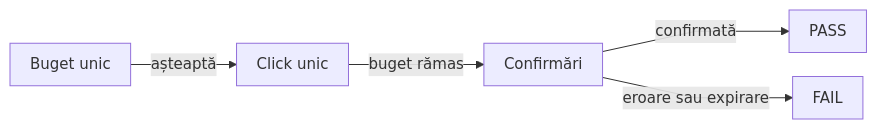
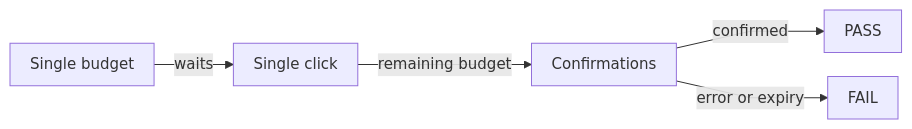
One commit to crististefanita/atf_j0 changed the fifth of 9 diagrams in atf-ui/README.md. Above: the diagram before and after it, drawn with Mermaid. The commit also changed other lines of this file and 113 other files, not shown here.

````diff
--- a/atf-ui/README.md
+++ b/atf-ui/README.md
@@ -407,8 +430,8 @@
 ```mermaid
 %%{init: {"themeVariables":{"fontSize":"15px"},"themeCSS":".nodeLabel, .nodeLabel p { font-size: 15px !important; line-height: 1.35 !important; } .edgeLabel, .edgeLabel p { font-size: 12px !important; font-weight: 400 !important; line-height: 1.2 !important; } .edgeLabel .labelBkg, .edgeLabel p { background: transparent !important; } .edgeLabel foreignObject { transform: translateY(-28px); overflow: visible; } .node rect { rx: 6px; ry: 6px; }","flowchart":{"curve":"linear","nodeSpacing":24,"rankSpacing":40,"padding":10,"diagramPadding":24}}}%%
 flowchart LR
-    Budget["Buget unic"] -->|așteaptă| Click["Click unic"]
-    Click -->|buget rămas| Observe["Confirmări"]
-    Observe -->|confirmată| Pass["PASS"]
-    Observe -->|eroare sau expirare| Fail["FAIL"]
+    Budget["Single budget"] -->|waits| Click["Single click"]
+    Click -->|remaining budget| Observe["Confirmations"]
+    Observe -->|confirmed| Pass["PASS"]
+    Observe -->|error or expiry| Fail["FAIL"]
 ```
````
